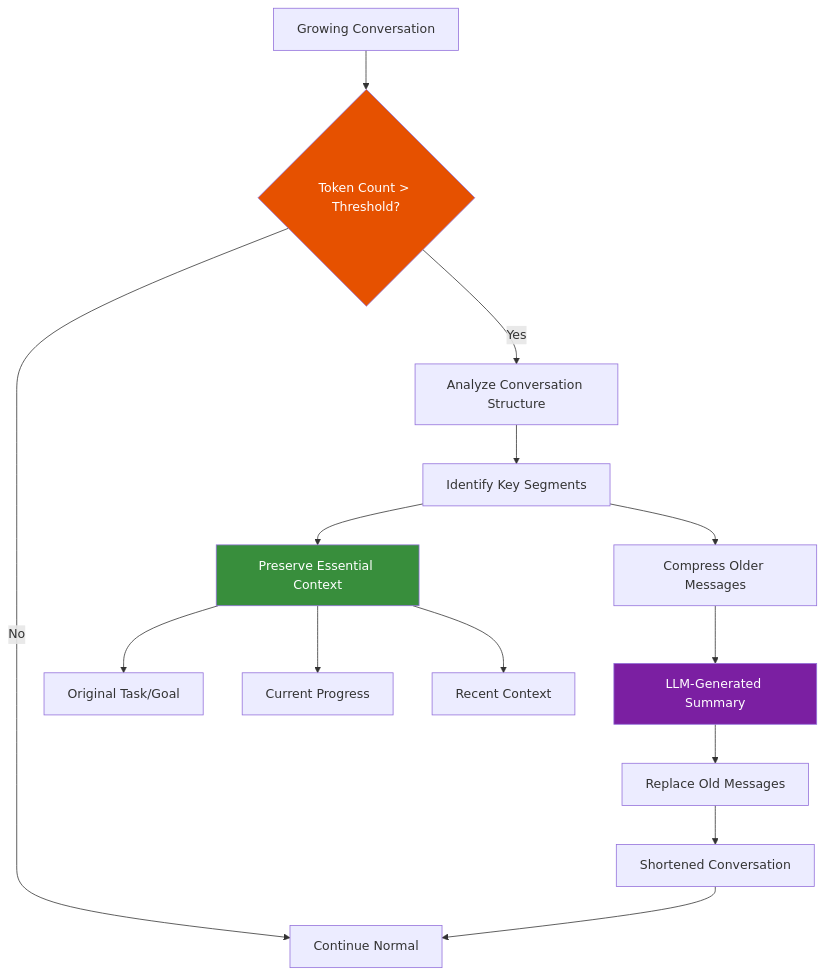
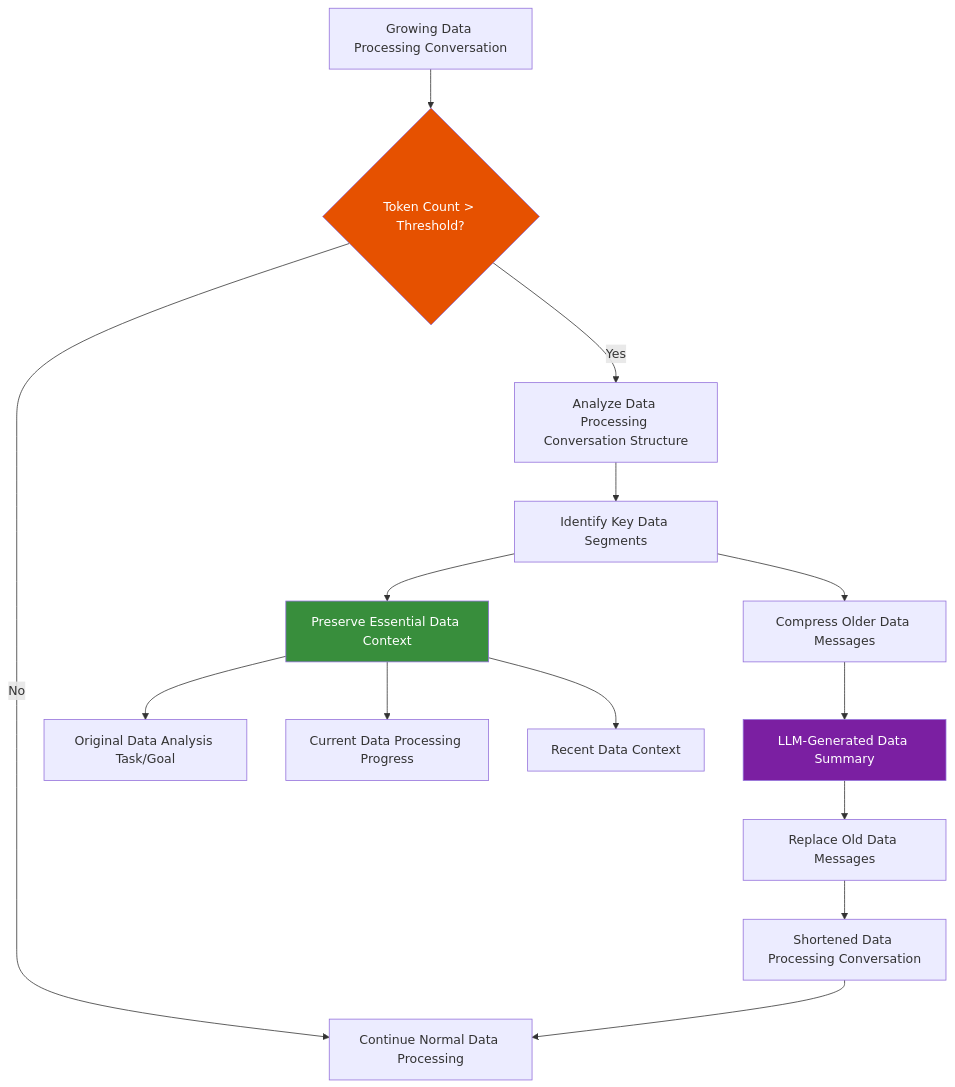
One commit to fwornle/agentic-ai-nano changed diagram 12 of 15 in docs-content/01_frameworks/Session1_ModuleD_Coding_Assistant_Case_Study.md. Above: the diagram before and after it, drawn with Mermaid. The commit also changed other lines of this file and 18 other files, not shown here.

````diff
--- a/docs-content/01_frameworks/Session1_ModuleD_Coding_Assistant_Case_Study.md
+++ b/docs-content/01_frameworks/Session1_ModuleD_Coding_Assistant_Case_Study.md
@@ -724,25 +749,25 @@
 ```mermaid
 graph TD
-    CONV[Growing Conversation] --> CHECK{Token Count > Threshold?}
+    CONV[Growing Data Processing Conversation] --> CHECK{Token Count > Threshold?}
     
-    CHECK -->|No| CONTINUE[Continue Normal]
-    CHECK -->|Yes| ANALYZE[Analyze Conversation Structure]
+    CHECK -->|No| CONTINUE[Continue Normal Data Processing]
+    CHECK -->|Yes| ANALYZE[Analyze Data Processing Conversation Structure]
     
-    ANALYZE --> IDENTIFY[Identify Key Segments]
-    IDENTIFY --> PRESERVE[Preserve Essential Context]
-    IDENTIFY --> COMPRESS[Compress Older Messages]
+    ANALYZE --> IDENTIFY[Identify Key Data Segments]
+    IDENTIFY --> PRESERVE[Preserve Essential Data Context]
+    IDENTIFY --> COMPRESS[Compress Older Data Messages]
     
-    PRESERVE --> TASK[Original Task/Goal]
-    PRESERVE --> PROGRESS[Current Progress]
-    PRESERVE --> RECENT[Recent Context]
+    PRESERVE --> TASK[Original Data Analysis Task/Goal]
+    PRESERVE --> PROGRESS[Current Data Processing Progress]
+    PRESERVE --> RECENT[Recent Data Context]
     
-    COMPRESS --> SUMMARY[LLM-Generated Summary]
-    SUMMARY --> REPLACE[Replace Old Messages]
+    COMPRESS --> SUMMARY[LLM-Generated Data Summary]
+    SUMMARY --> REPLACE[Replace Old Data Messages]
     
-    REPLACE --> NEW[Shortened Conversation]
+    REPLACE --> NEW[Shortened Data Processing Conversation]
     NEW --> CONTINUE
     
     style CHECK fill:#E65100,color:#ffffff
     style PRESERVE fill:#388E3C,color:#ffffff
     style SUMMARY fill:#7B1FA2,color:#ffffff
 ```
````
